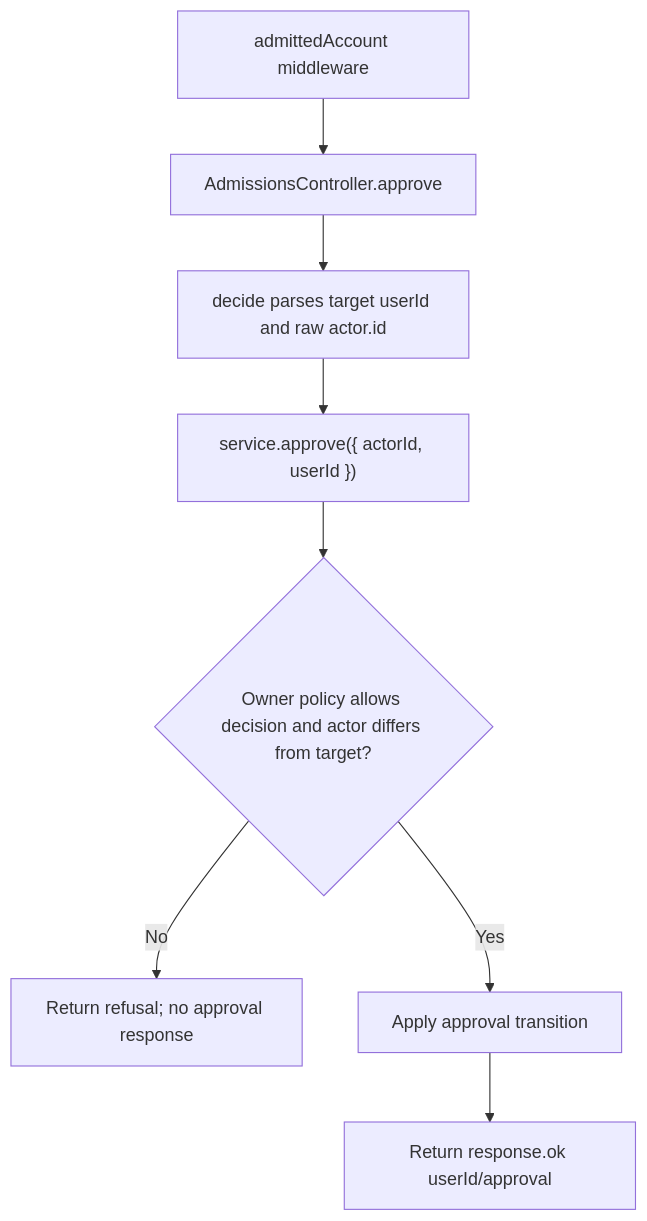
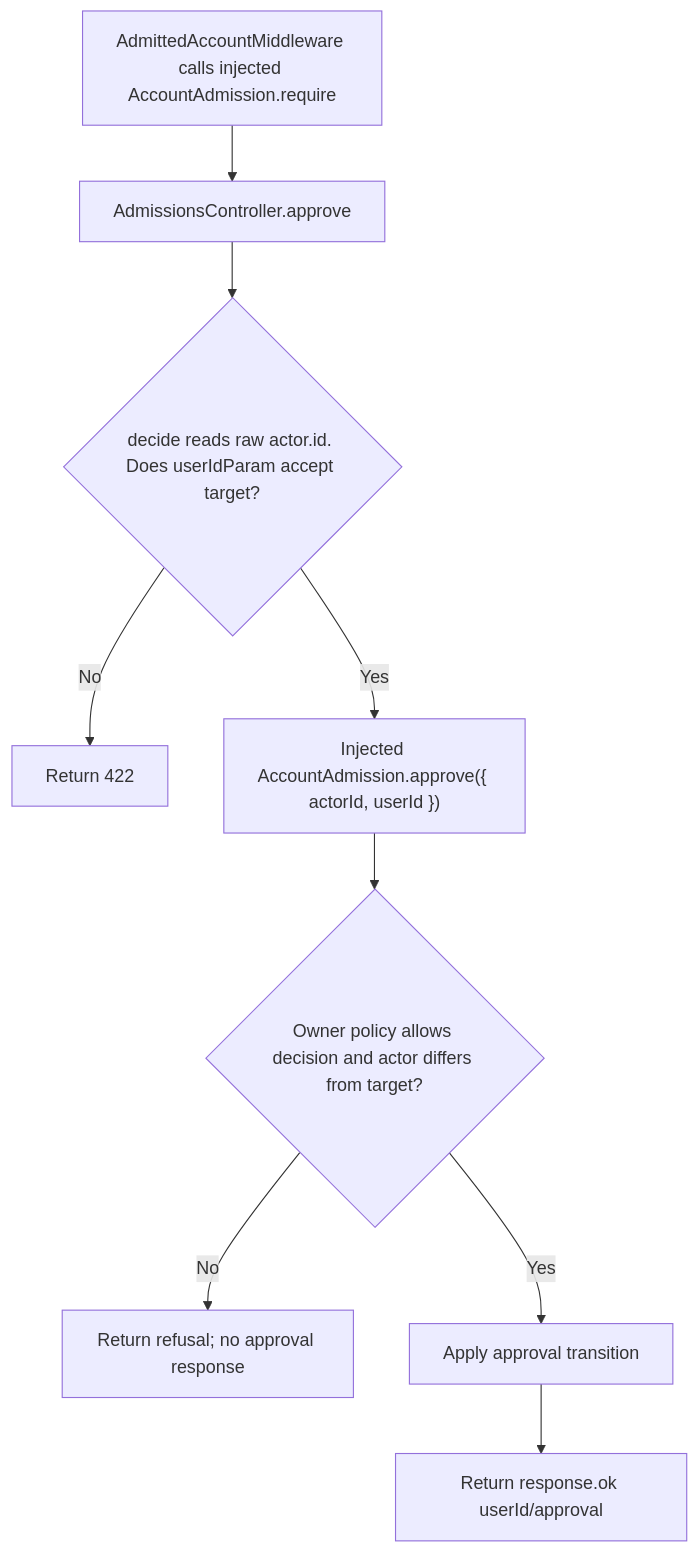
The second of 2 diagrams in user-stories/api/us-api-17-approve-admission.md (Kevinjohn/oss-adonisjs-starter-examples), drawn with Mermaid before and after one commit. The commit also changed other lines of this file and 16 other files, not shown here.

Commit message:
Inject the API starter admission service

````diff
--- a/user-stories/api/us-api-17-approve-admission.md
+++ b/user-stories/api/us-api-17-approve-admission.md
@@ -33,10 +33,11 @@
 ```mermaid
 flowchart TD
-    A["admittedAccount middleware"] --> B["AdmissionsController.approve"]
-    B --> C["decide parses target userId and raw actor.id"]
-    C --> D["service.approve({ actorId, userId })"]
+    A["AdmittedAccountMiddleware calls injected AccountAdmission.require"] --> B["AdmissionsController.approve"]
+    B --> C{"decide reads raw actor.id. Does userIdParam accept target?"}
+    C -->|No| I["Return 422"]
+    C -->|Yes| D["Injected AccountAdmission.approve({ actorId, userId })"]
     D --> E{"Owner policy allows decision and actor differs from target?"}
     E -->|No| F["Return refusal; no approval response"]
     E -->|Yes| G["Apply approval transition"]
     G --> H["Return response.ok userId/approval"]
 ```
````
